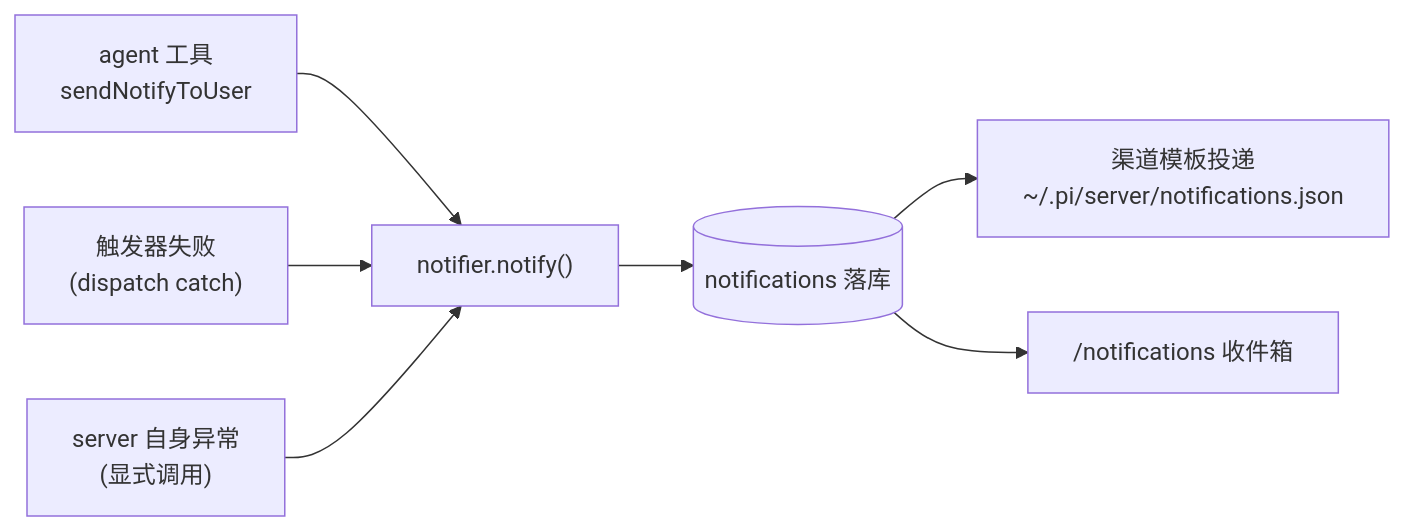
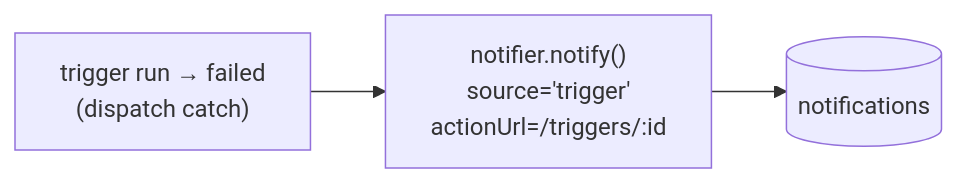
The second of 2 diagrams in doc/architecture/current/pi-agent-server_triggers.md (shinexsf/pi-agent-platform), drawn with Mermaid before and after one commit. The commit also changed other lines of this file and 7 other files, not shown here.

````diff
--- a/doc/architecture/current/pi-agent-server_triggers.md
+++ b/doc/architecture/current/pi-agent-server_triggers.md
@@ -176,9 +175,5 @@
 ```mermaid
 flowchart LR
-  T1["agent 工具<br/>sendNotifyToUser"] --> N["notifier.notify()"]
-  T2["触发器失败<br/>(dispatch catch)"] --> N
-  T3["server 自身异常<br/>(显式调用)"] --> N
-  N --> DB[("notifications 落库")]
-  DB --> CH["渠道模板投递<br/>~/.pi/server/notifications.json"]
-  DB --> UI["/notifications 收件箱"]
+  R["trigger run → failed<br/>(dispatch catch)"] --> N["notifier.notify()<br/>source='trigger'<br/>actionUrl=/triggers/:id"]
+  N --> DB[("notifications")]
 ```
````
